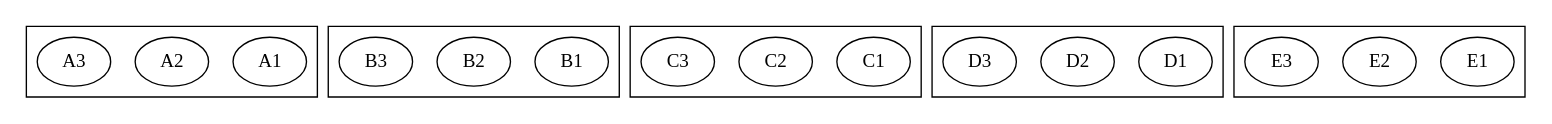
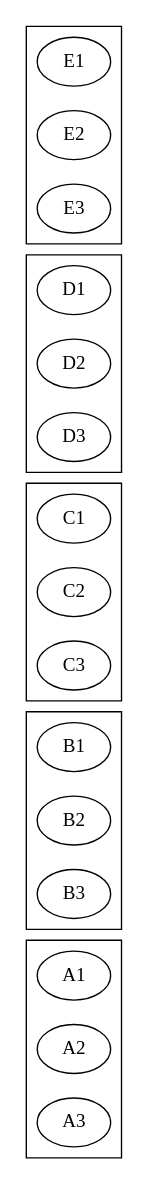
One commit to sisyphus1212/note changed the sixth of 6 diagrams in other/graphviz.md. Above: the diagram before and after it, drawn with Graphviz.

Commit message:
auto_update

````diff
--- a/other/graphviz.md
+++ b/other/graphviz.md
@@ -76,9 +76,10 @@
 ```graphviz
 digraph {
+rankdir=LR
 subgraph cluster_0 { A1; A2; A3 }
 subgraph cluster_1 { B1; B2; B3 }
 subgraph cluster_2 { C1; C2; C3 }
 subgraph cluster_3 { D1; D2; D3 }
 subgraph cluster_4 { E1; E2; E3 }
 }
 ```
````
